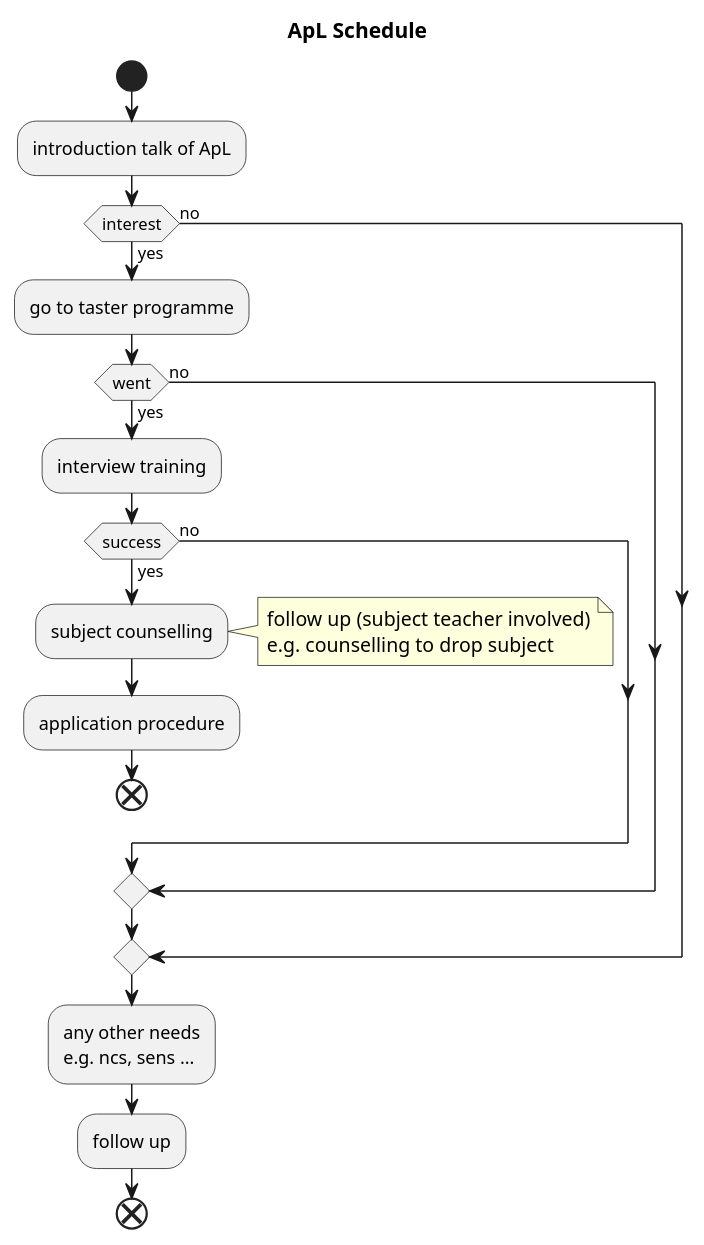
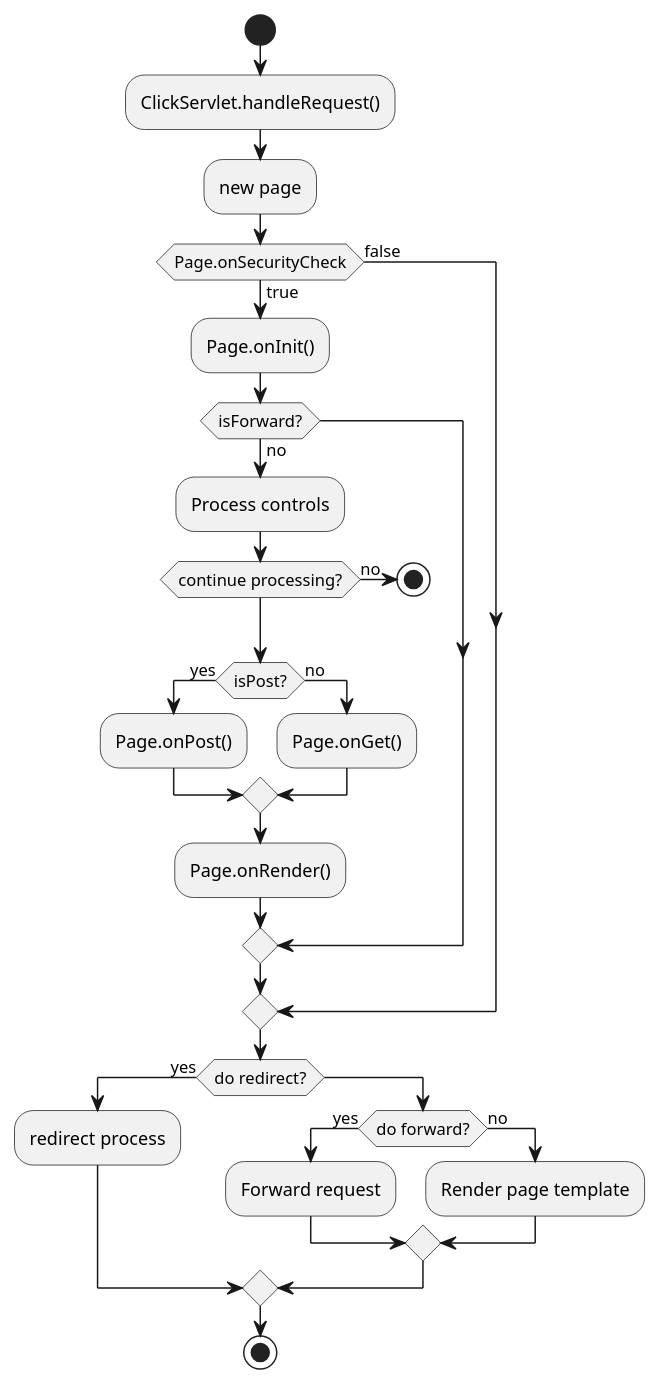
Before and after one commit to cyrusn/slidedown: the sixth of 6 diagrams in md/example.md, drawn with PlantUML. The commit also changed other lines of this file and 3 other files, not shown here.

````diff
--- a/md/example.md
+++ b/md/example.md
@@ -311,27 +311,34 @@
 ``` plantuml
-title ApL Schedule
 start
-:introduction talk of ApL;
+:ClickServlet.handleRequest();
+:new page;
+if (Page.onSecurityCheck) then (true)
+  :Page.onInit();
+  if (isForward?) then (no)
+    :Process controls;
+    if (continue processing?) then (no)
+      stop
+    endif
 
-if (interest) then (yes)
-  :go to taster programme;
-    if (went) then (yes)
-      :interview training;
-      if (success) then (yes)
-        :subject counselling;
-        note right
-          follow up (subject teacher involved)
-          e.g. counselling to drop subject
-        end note
-        :application procedure;
-        end
-      else (no)
-      endif
+    if (isPost?) then (yes)
+      :Page.onPost();
     else (no)
+      :Page.onGet();
     endif
-else (no)
+    :Page.onRender();
+  endif
+else (false)
 endif
-:any other needs\ne.g. ncs, sens ...;
-:follow up;
-end
+
+if (do redirect?) then (yes)
+  :redirect process;
+else
+  if (do forward?) then (yes)
+    :Forward request;
+  else (no)
+    :Render page template;
+  endif
+endif
+
+stop
 ```
````
